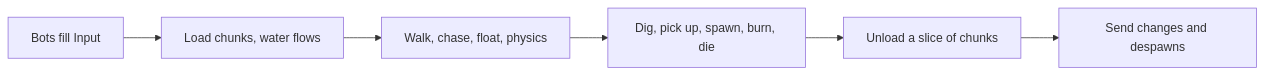
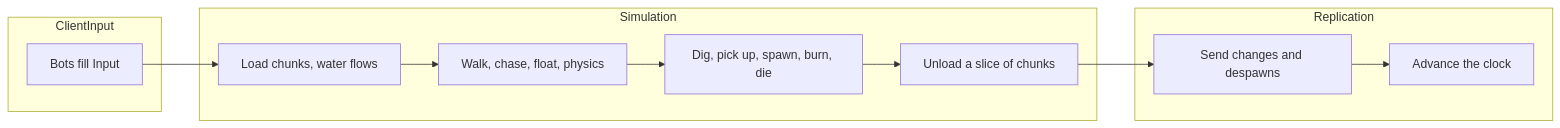
The diagram in docs/content/samples/voxel-server.mdx (JasonXuDeveloper/EasyEcs), drawn with Mermaid before and after one commit. The commit also changed other lines of this file and 3 other files, not shown here.

````diff
--- a/docs/content/samples/voxel-server.mdx
+++ b/docs/content/samples/voxel-server.mdx
@@ -53,8 +64,16 @@
 ```mermaid
 flowchart LR
-  input[Bots fill Input] --> world[Load chunks, water flows]
-  world --> move[Walk, chase, float, physics]
-  move --> rules[Dig, pick up, spawn, burn, die]
-  rules --> unload[Unload a slice of chunks]
-  unload --> send[Send changes and despawns]
+  subgraph ClientInput
+    input[Bots fill Input]
+  end
+  subgraph Simulation
+    world[Load chunks, water flows] --> move[Walk, chase, float, physics]
+    move --> rules[Dig, pick up, spawn, burn, die]
+    rules --> unload[Unload a slice of chunks]
+  end
+  subgraph Replication
+    send[Send changes and despawns] --> clock[Advance the clock]
+  end
+  input --> world
+  unload --> send
 ```
````
